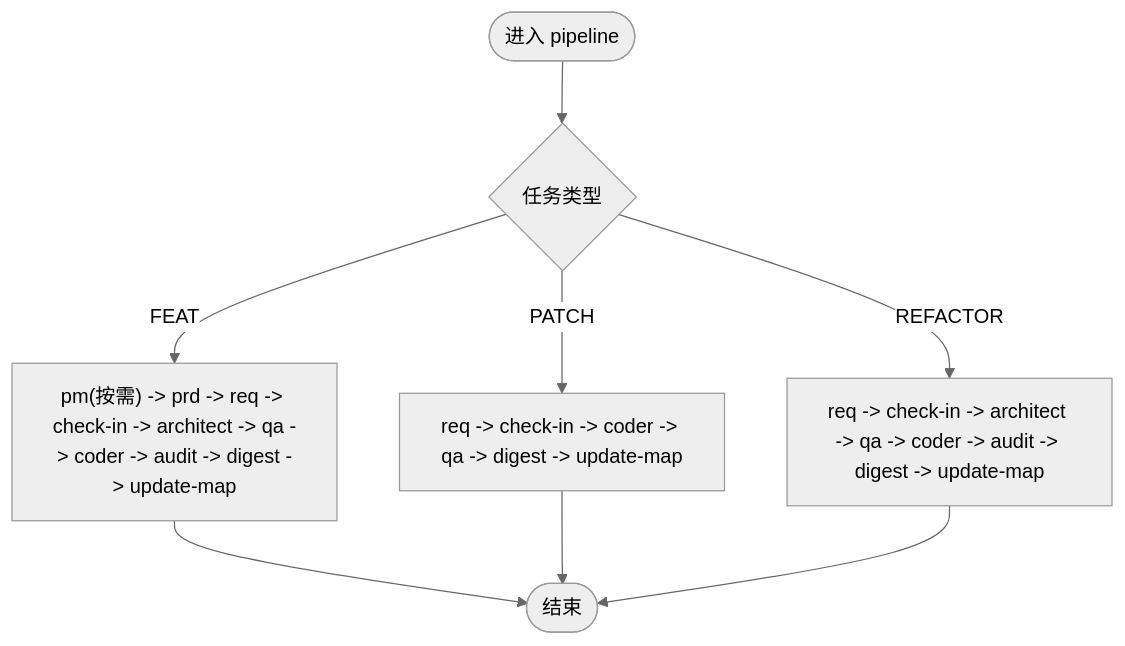
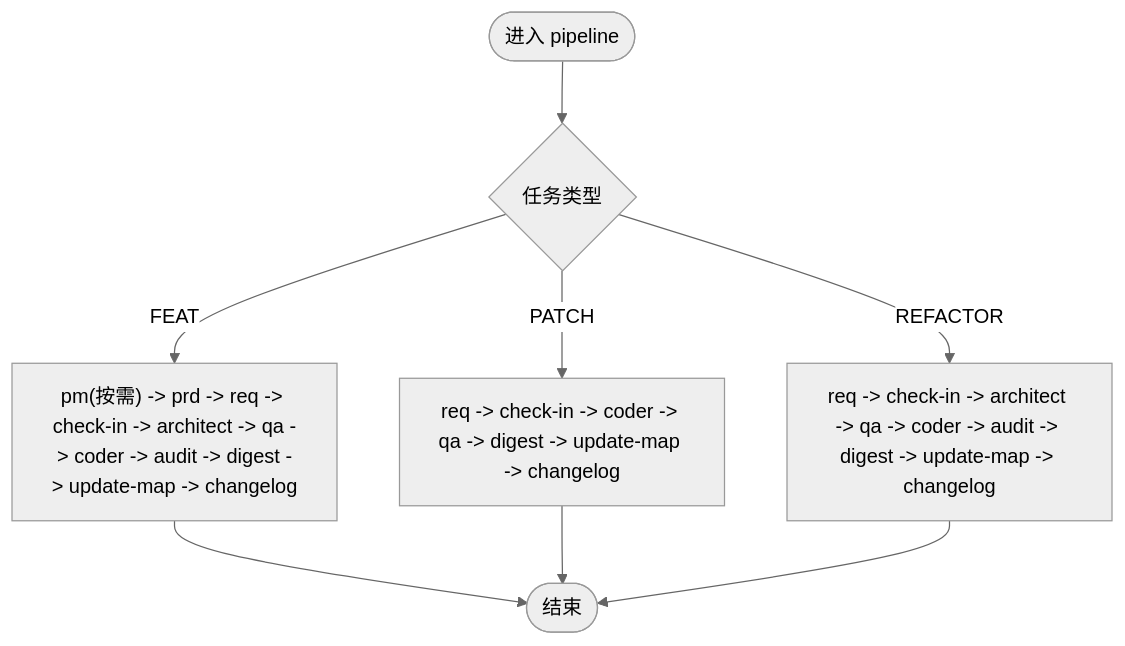
The fifth of 8 diagrams in .qoder/repowiki/zh/content/辅助技能详解/地图更新技能 (Update-Map).md (CryptoLinxu/Web3-AI-Agent), drawn with Mermaid (neutral theme) before and after one commit. The commit also changed other lines of this file and 10 other files, not shown here.

````diff
--- a/.qoder/repowiki/zh/content/辅助技能详解/地图更新技能 (Update-Map).md
+++ b/.qoder/repowiki/zh/content/辅助技能详解/地图更新技能 (Update-Map).md
@@ -210,10 +253,10 @@
 ```mermaid
 flowchart TD
 Start(["进入 pipeline"]) --> Type{"任务类型"}
-Type --> |FEAT| FEATPath["pm(按需) -> prd -> req -> check-in -> architect -> qa -> coder -> audit -> digest -> update-map"]
-Type --> |PATCH| PATCHPath["req -> check-in -> coder -> qa -> digest -> update-map"]
-Type --> |REFACTOR| REFACTORPath["req -> check-in -> architect -> qa -> coder -> audit -> digest -> update-map"]
+Type --> |FEAT| FEATPath["pm(按需) -> prd -> req -> check-in -> architect -> qa -> coder -> audit -> digest -> update-map -> changelog"]
+Type --> |PATCH| PATCHPath["req -> check-in -> coder -> qa -> digest -> update-map -> changelog"]
+Type --> |REFACTOR| REFACTORPath["req -> check-in -> architect -> qa -> coder -> audit -> digest -> update-map -> changelog"]
 FEATPath --> End(["结束"])
 PATCHPath --> End
 REFACTORPath --> End
 ```
````
